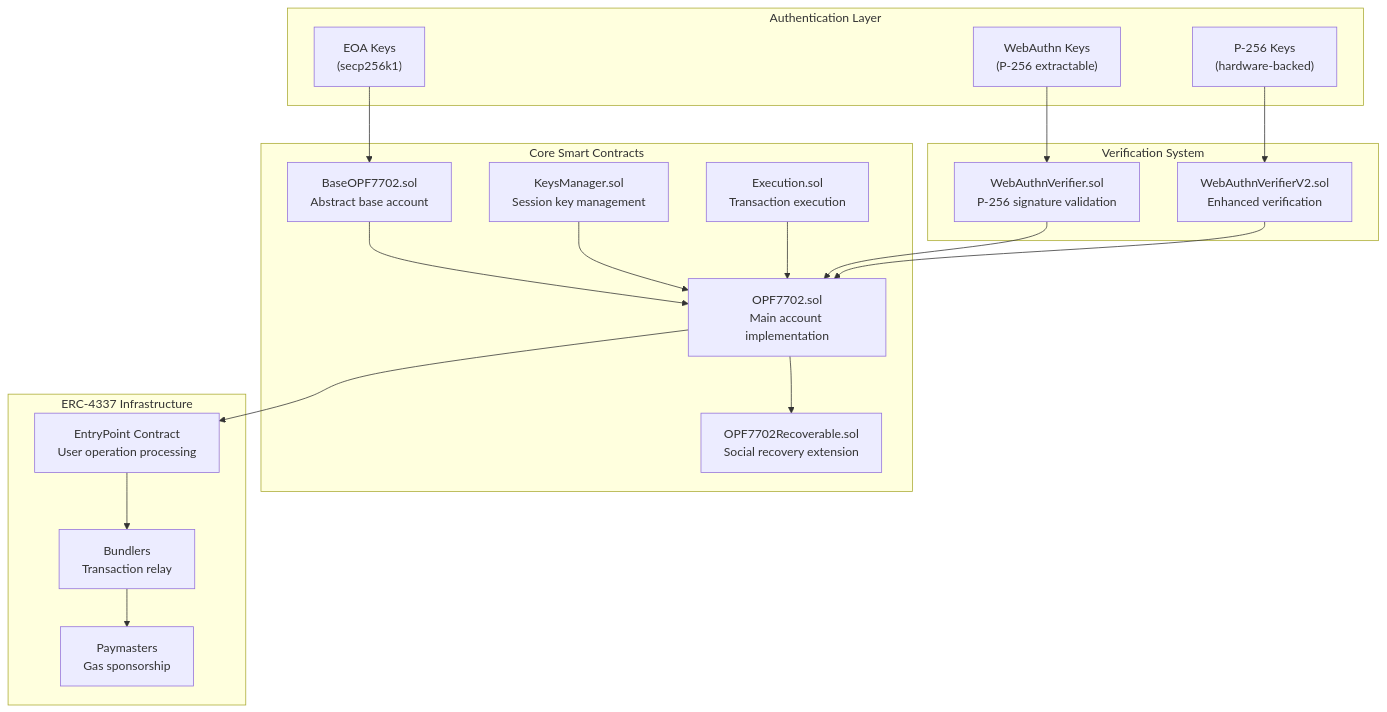
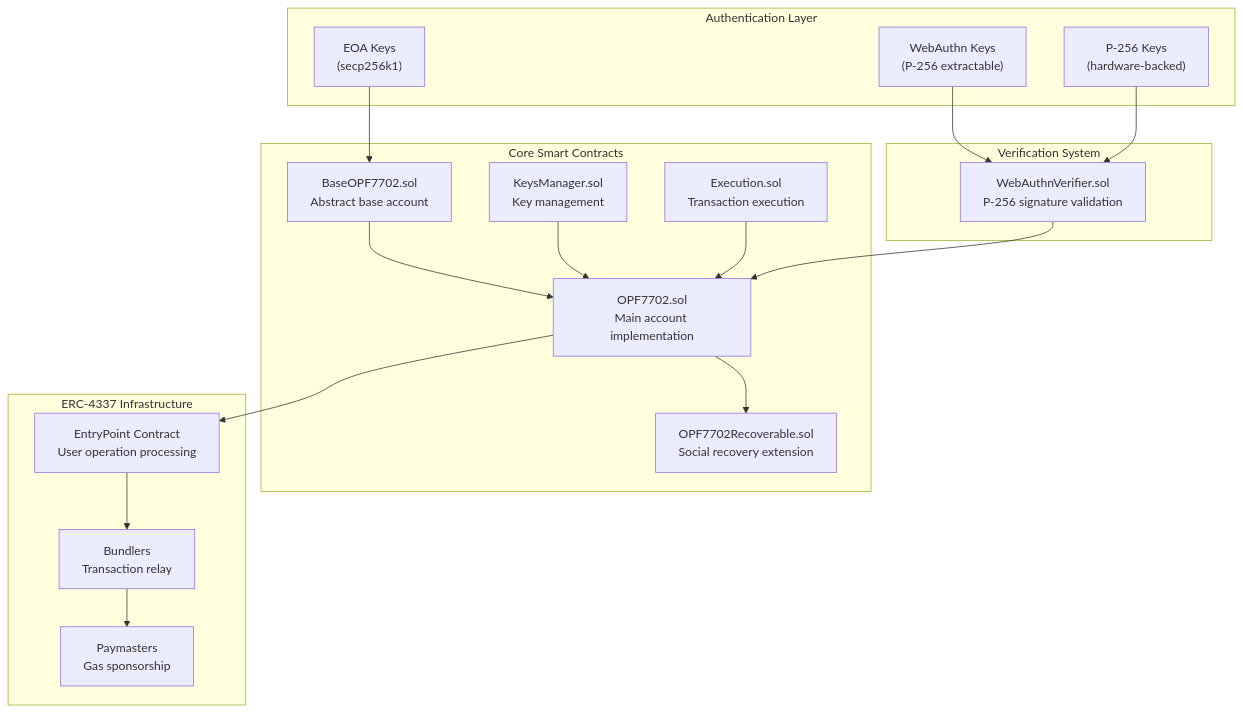
Before and after one commit to openfort-xyz/openfort-7702-account: the first of 3 diagrams in docs/Architecture.md, drawn with Mermaid. The commit also changed other lines of this file and 1 other file, not shown here.

Commit message:
(fix) Architecture.md

````diff
--- a/docs/Architecture.md
+++ b/docs/Architecture.md
@@ -82,43 +82,41 @@
 ```mermaid
 flowchart TD
     subgraph "Authentication Layer"
         EOAKeys["EOA Keys<br/>(secp256k1)"]
         WebAuthnKeys["WebAuthn Keys<br/>(P-256 extractable)"]
         P256Keys["P-256 Keys<br/>(hardware-backed)"]
     end
     
     subgraph "Core Smart Contracts"
         BaseOPF7702["BaseOPF7702.sol<br/>Abstract base account"]
-        KeysManager["KeysManager.sol<br/>Session key management"]
+        KeysManager["KeysManager.sol<br/>Key management"]
         Execution["Execution.sol<br/>Transaction execution"]
         OPF7702["OPF7702.sol<br/>Main account implementation"]
         OPFRecoverable["OPF7702Recoverable.sol<br/>Social recovery extension"]
     end
     
     subgraph "Verification System"
         WebAuthnVerifier["WebAuthnVerifier.sol<br/>P-256 signature validation"]
-        WebAuthnVerifierV2["WebAuthnVerifierV2.sol<br/>Enhanced verification"]
     end
     
     subgraph "ERC-4337 Infrastructure"
         EntryPoint["EntryPoint Contract<br/>User operation processing"]
         Bundlers["Bundlers<br/>Transaction relay"]
         Paymasters["Paymasters<br/>Gas sponsorship"]
     end
 
     %% Connections
     EOAKeys --> BaseOPF7702
     WebAuthnKeys --> WebAuthnVerifier
-    P256Keys --> WebAuthnVerifierV2
+    P256Keys --> WebAuthnVerifier
     
     BaseOPF7702 --> OPF7702
     KeysManager --> OPF7702
     Execution --> OPF7702
     WebAuthnVerifier --> OPF7702
-    WebAuthnVerifierV2 --> OPF7702
     
     OPF7702 --> OPFRecoverable
     OPF7702 --> EntryPoint
     EntryPoint --> Bundlers
     Bundlers --> Paymasters
 ```
````
